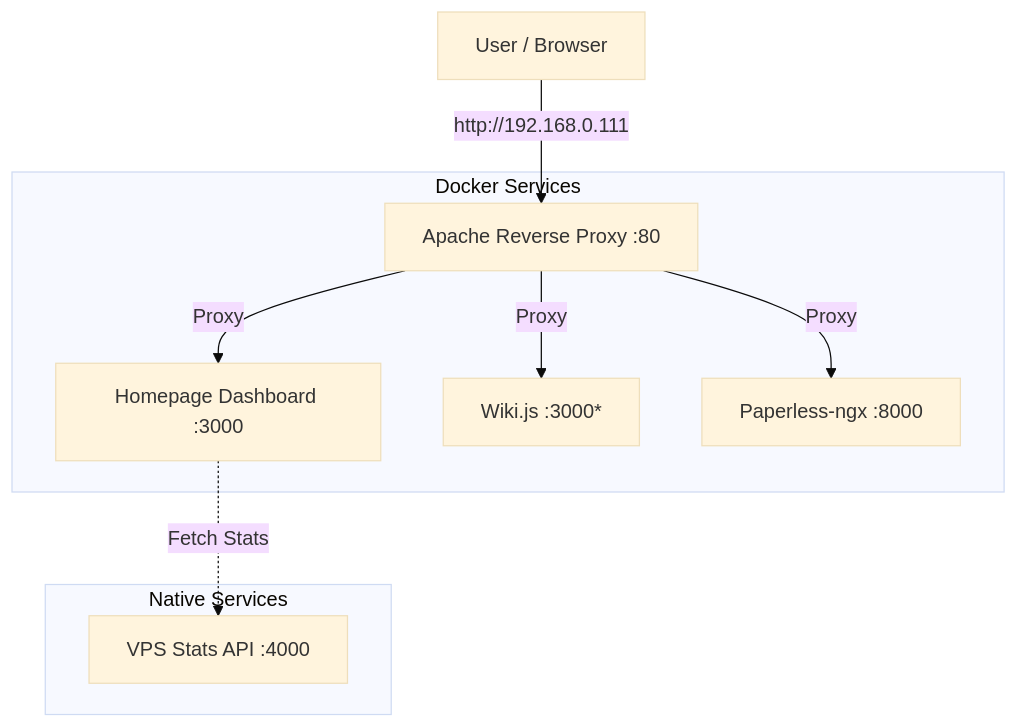
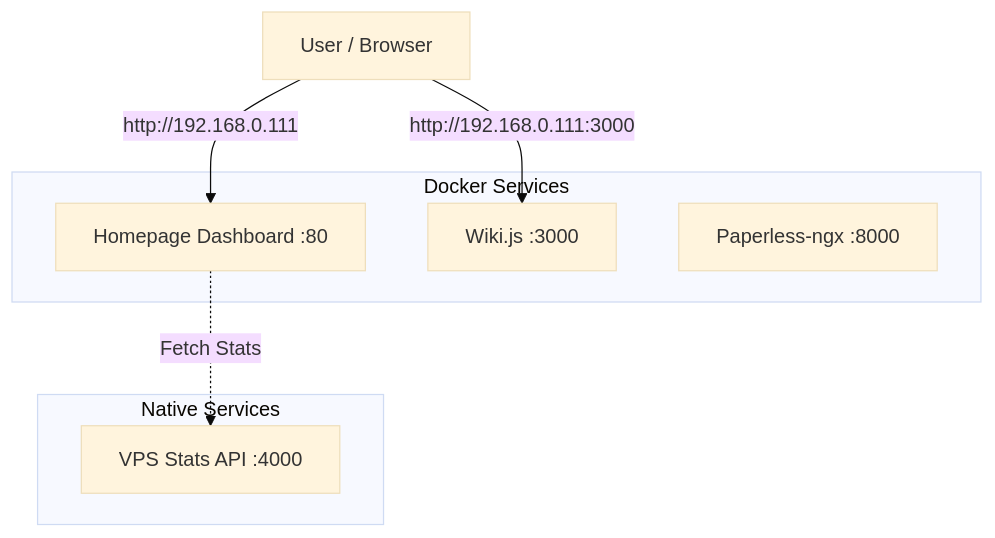
One commit to zabooz/homelab_2 changed the diagram in infrastructure/LINUXVM.md. Above: the diagram before and after it, drawn with Mermaid (base theme). The commit also changed other lines of this file and 25 other files, not shown here.

````diff
--- a/infrastructure/LINUXVM.md
+++ b/infrastructure/LINUXVM.md
@@ -14,14 +14,15 @@
 ```mermaid
 graph TD
-    User[User / Browser] -->|http://192.168.0.111| Apache[Apache Reverse Proxy :80]
-    
+    User[User / Browser] -->|http://192.168.0.111| Homepage[Homepage Dashboard :80]
+    User -->|http://192.168.0.111:3000| Wiki[Wiki.js :3000]
+
     subgraph "Docker Services"
-        Apache -->|Proxy| Homepage[Homepage Dashboard :3000]
-        Apache -->|Proxy| Wiki[Wiki.js :3000*]
-        Apache -->|Proxy| Paperless[Paperless-ngx :8000]
+        Homepage
+        Wiki
+        Paperless[Paperless-ngx :8000]
     end
-    
+
     subgraph "Native Services"
         Homepage -.->|Fetch Stats| API[VPS Stats API :4000]
     end
 ```
````
